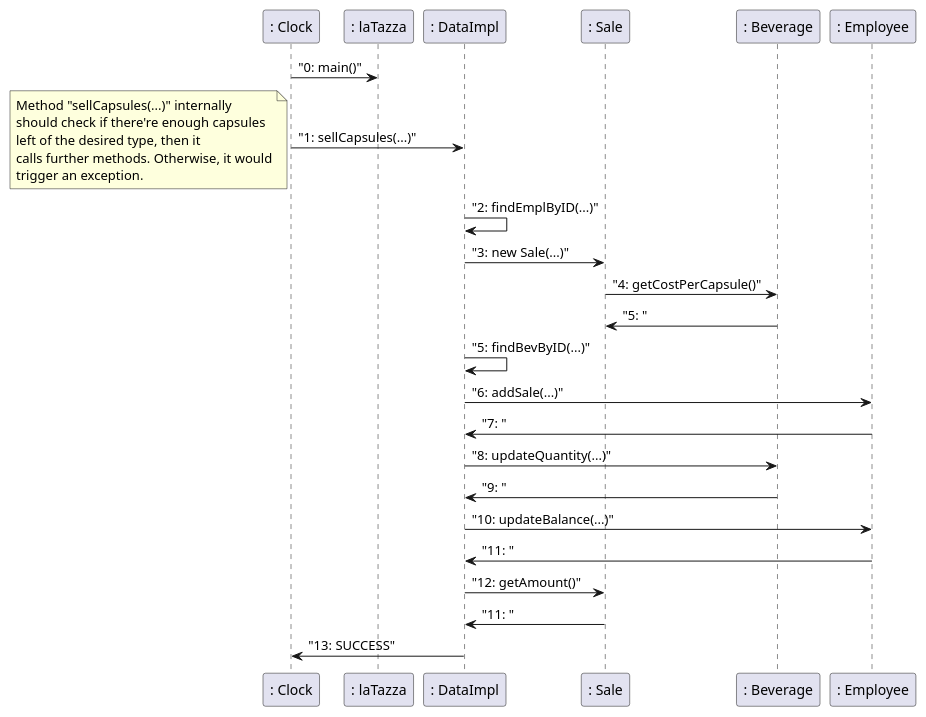
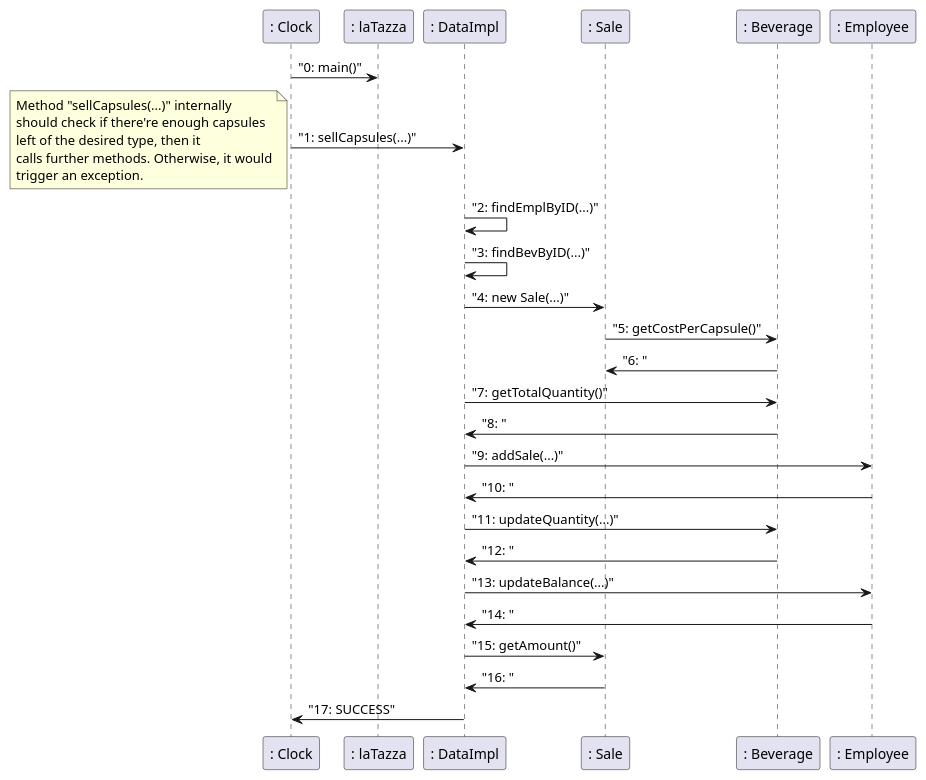
One commit to DarkSee/LaTazza changed the fifth of 6 diagrams in templates/DesignDocumentTemplate.md. Above: the diagram before and after it, drawn with PlantUML. The commit also changed other lines of this file, not shown here.

Commit message:
Update Sequence diagram for Scenario 1

````diff
--- a/templates/DesignDocumentTemplate.md
+++ b/templates/DesignDocumentTemplate.md
@@ -245,32 +245,37 @@
 ```plantuml
 
 ": Clock" -> ": laTazza": "0: main()"
 ": Clock" -> ": DataImpl": "1: sellCapsules(...)"
 note left
         Method "sellCapsules(...)" internally
         should check if there're enough capsules 
         left of the desired type, then it 
         calls further methods. Otherwise, it would
         trigger an exception.
 end note
 ": DataImpl" -> ": DataImpl": "2: findEmplByID(...)"
-": DataImpl" -> ": Sale": "3: new Sale(...)"
-": Sale" -> ": Beverage": "4: getCostPerCapsule()"
-": Sale" <-": Beverage": "5: "
-": DataImpl" -> ": DataImpl": "5: findBevByID(...)"
-": DataImpl" -> ": Employee": "6: addSale(...)"
-": Employee" -> ": DataImpl": "7: "
+": DataImpl" -> ": DataImpl": "3: findBevByID(...)"
+": DataImpl" -> ": Sale": "4: new Sale(...)"
+": Sale" -> ": Beverage": "5: getCostPerCapsule()"
+": Sale" <-": Beverage": "6: "
 
-": DataImpl" -> ": Beverage": "8: updateQuantity(...)"
-": Beverage" -> ": DataImpl": "9: "
+": DataImpl" -> ": Beverage": "7: getTotalQuantity()"
+": DataImpl" <-": Beverage": "8: "
 
 
-": DataImpl" -> ": Employee": "10: updateBalance(...)"
-": Employee" -> ": DataImpl": "11: "
+": DataImpl" -> ": Employee": "9: addSale(...)"
+": Employee" -> ": DataImpl": "10: "
 
-": DataImpl" -> ": Sale": "12: getAmount()"
-": Sale" -> ": DataImpl": "11: "
+": DataImpl" -> ": Beverage": "11: updateQuantity(...)"
+": Beverage" -> ": DataImpl": "12: "
 
-": DataImpl" -> ": Clock": "13: SUCCESS"
+
+": DataImpl" -> ": Employee": "13: updateBalance(...)"
+": Employee" -> ": DataImpl": "14: "
+
+": DataImpl" -> ": Sale": "15: getAmount()"
+": Sale" -> ": DataImpl": "16: "
+
+": DataImpl" -> ": Clock": "17: SUCCESS"
 
 ```
````
